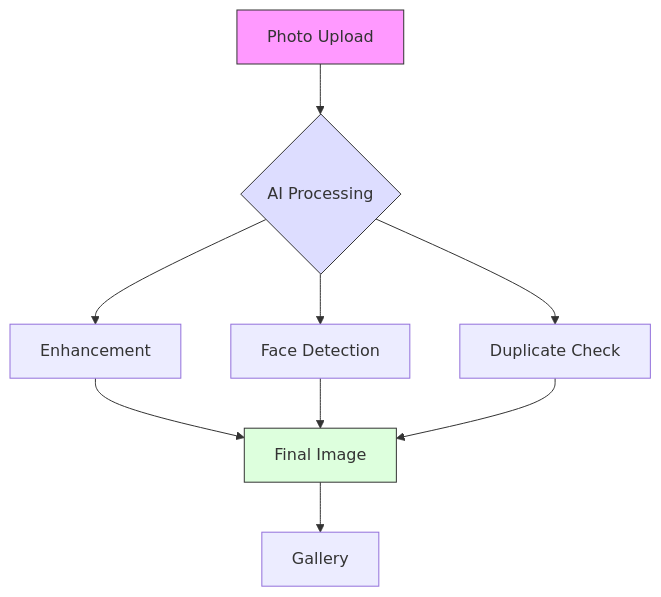
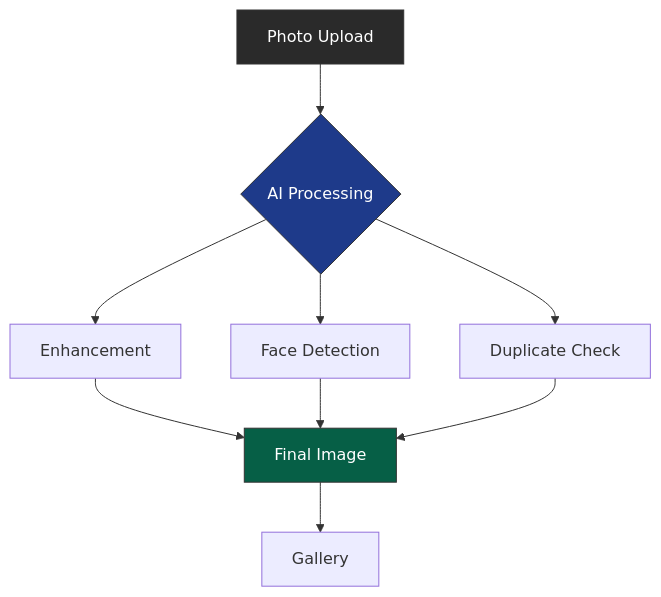
The fourth of 5 diagrams in README.md (mrj0nesmtl/cloud-burst), drawn with Mermaid before and after one commit. The commit also changed other lines of this file and 1 other file, not shown here.

````diff
--- a/README.md
+++ b/README.md
@@ -72,15 +129,15 @@
 ```mermaid
 graph TD
     A[Photo Upload] --> B{AI Processing}
     B --> C[Enhancement]
     B --> D[Face Detection]
     B --> E[Duplicate Check]
     C --> F[Final Image]
     D --> F
     E --> F
     F --> G[Gallery]
     
-    style A fill:#f9f,stroke:#333
-    style B fill:#ddf,stroke:#333
-    style F fill:#dfd,stroke:#333
+    style A fill:#2A2A2A,stroke:#333,color:#fff
+    style B fill:#1E3A8A,stroke:#333,color:#fff
+    style F fill:#065F46,stroke:#333,color:#fff
 ```
````
